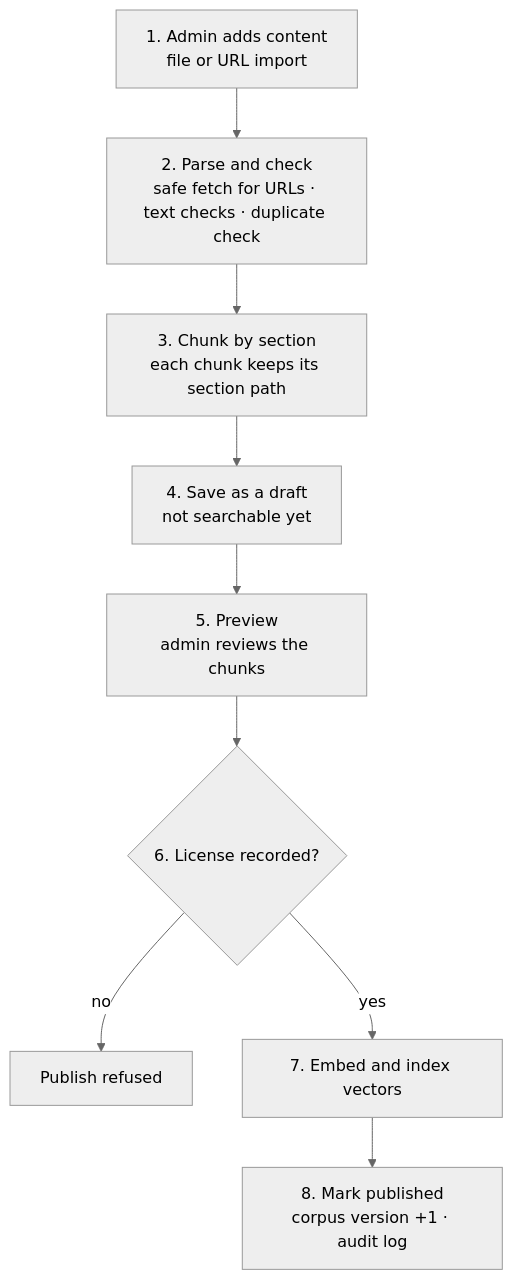
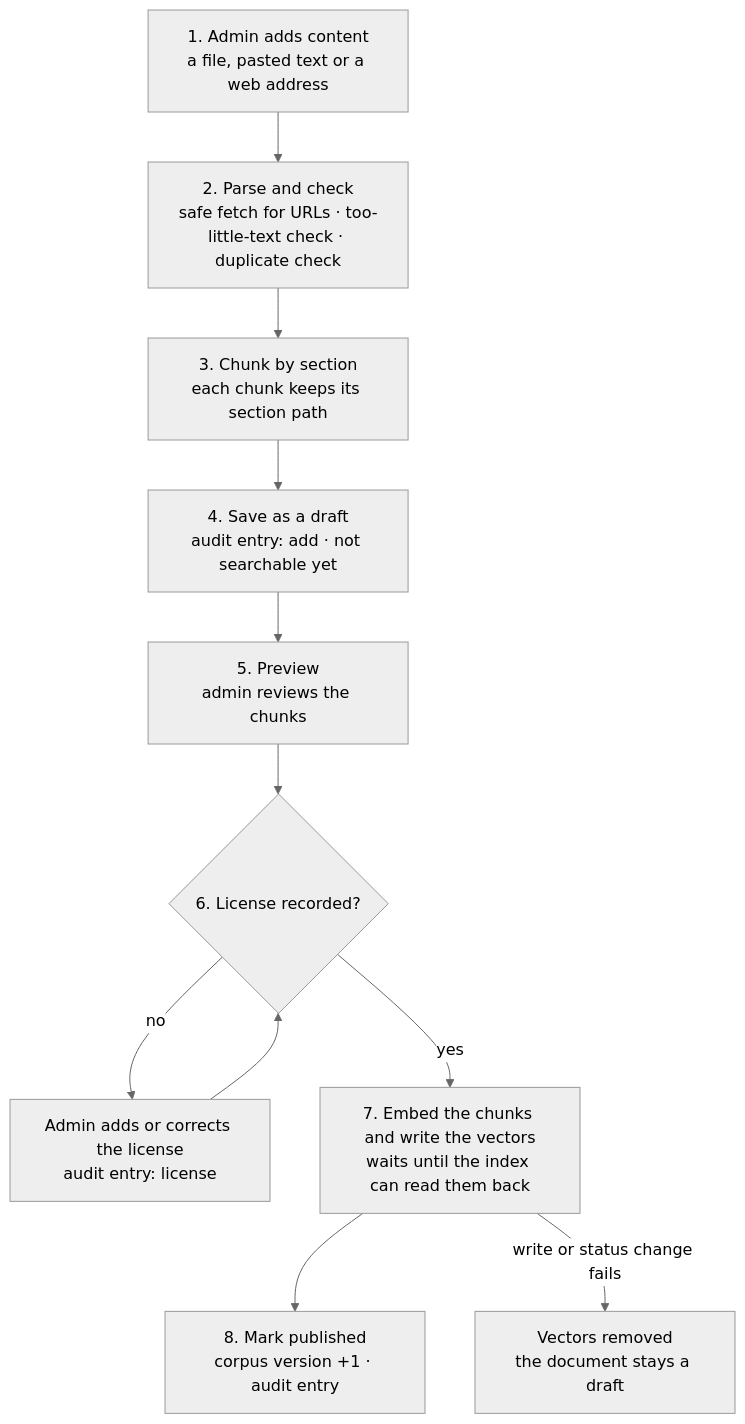
One commit to Tevaalgorithms/cite-desk changed the first of 3 diagrams in docs/architecture/data-flow.md. Above: the diagram before and after it, drawn with Mermaid (neutral theme). The commit also changed other lines of this file and 125 other files, not shown here.

````diff
--- a/docs/architecture/data-flow.md
+++ b/docs/architecture/data-flow.md
@@ -11,11 +11,13 @@
 ```mermaid
 flowchart TD
-    A["1. Admin adds content<br/>file or URL import"] --> B["2. Parse and check<br/>safe fetch for URLs · text checks · duplicate check"]
+    A["1. Admin adds content<br/>a file, pasted text or a web address"] --> B["2. Parse and check<br/>safe fetch for URLs · too-little-text check · duplicate check"]
     B --> C["3. Chunk by section<br/>each chunk keeps its section path"]
-    C --> D["4. Save as a draft<br/>not searchable yet"]
+    C --> D["4. Save as a draft<br/>audit entry: add · not searchable yet"]
     D --> E["5. Preview<br/>admin reviews the chunks"]
     E --> F{"6. License recorded?"}
-    F -- no --> X["Publish refused"]
-    F -- yes --> G["7. Embed and index vectors"]
-    G --> H["8. Mark published<br/>corpus version +1 · audit log"]
+    F -- no --> L["Admin adds or corrects the license<br/>audit entry: license"]
+    L --> F
+    F -- yes --> G["7. Embed the chunks and write the vectors<br/>waits until the index can read them back"]
+    G --> H["8. Mark published<br/>corpus version +1 · audit entry"]
+    G -- "write or status change fails" --> X["Vectors removed<br/>the document stays a draft"]
 ```
````
